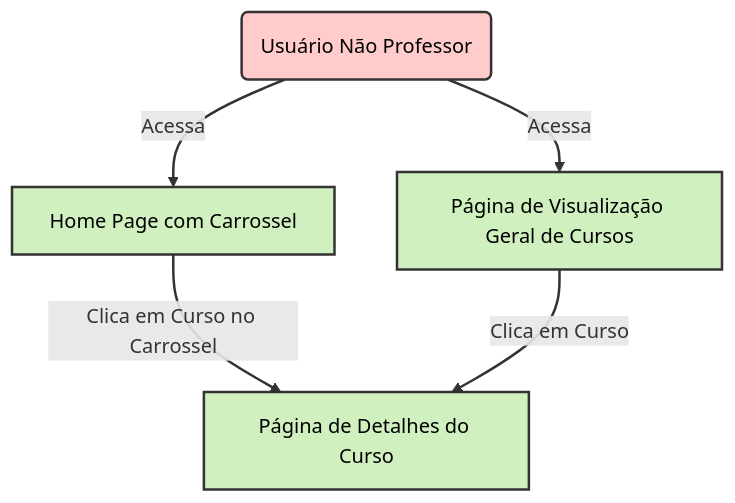
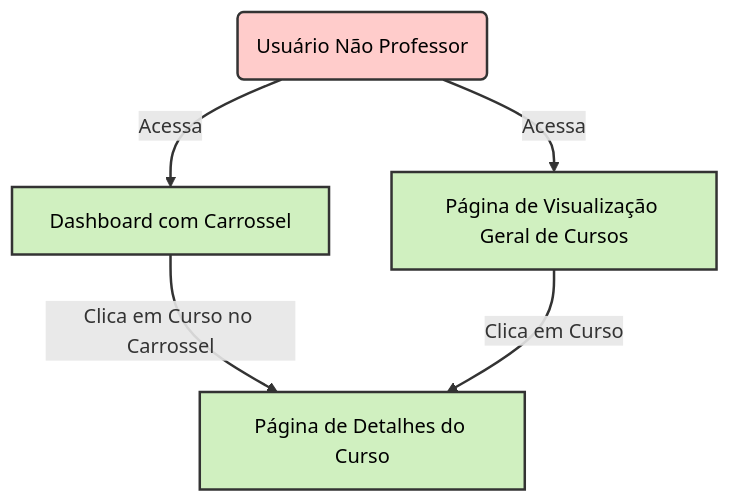
One commit to Paiva8859/PlataformaEAD changed the fifth of 5 diagrams in README.md. Above: the diagram before and after it, drawn with Mermaid.

````diff
--- a/README.md
+++ b/README.md
@@ -125,28 +125,28 @@
 ```mermaid
 flowchart TD
     %% Definindo o Ator
     A1(Usuário Não Professor)
 
     %% Definindo as Páginas
-    P1[Home Page com Carrossel]
+    P1[Dashboard com Carrossel]
     P2[Página de Visualização Geral de Cursos]
     P3[Página de Detalhes do Curso]
 
     %% Definindo as Ações
     A1 -->|Acessa| P1
     A1 -->|Acessa| P2
 
     P1 -->|Clica em Curso no Carrossel| P3
     P2 -->|Clica em Curso| P3
 
     %% Estilizando o Ator
     classDef actor fill:#ffcccb,stroke:#333,stroke-width:2px,color:#000;
     class A1 actor;
 
     %% Estilizando as Páginas
     classDef page fill:#d0f0c0,stroke:#333,stroke-width:2px,color:#000;
     class P1,P2,P3 page;
 
     %% Estilizando as Conexões
     linkStyle default stroke:#333,stroke-width:2px;
 ```
````
